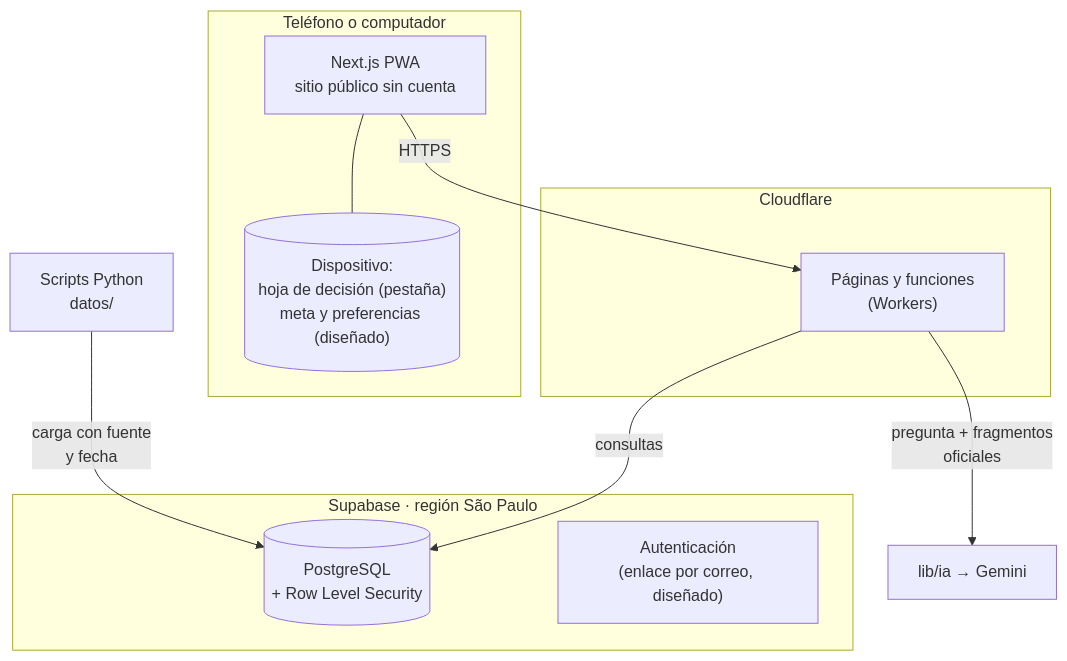
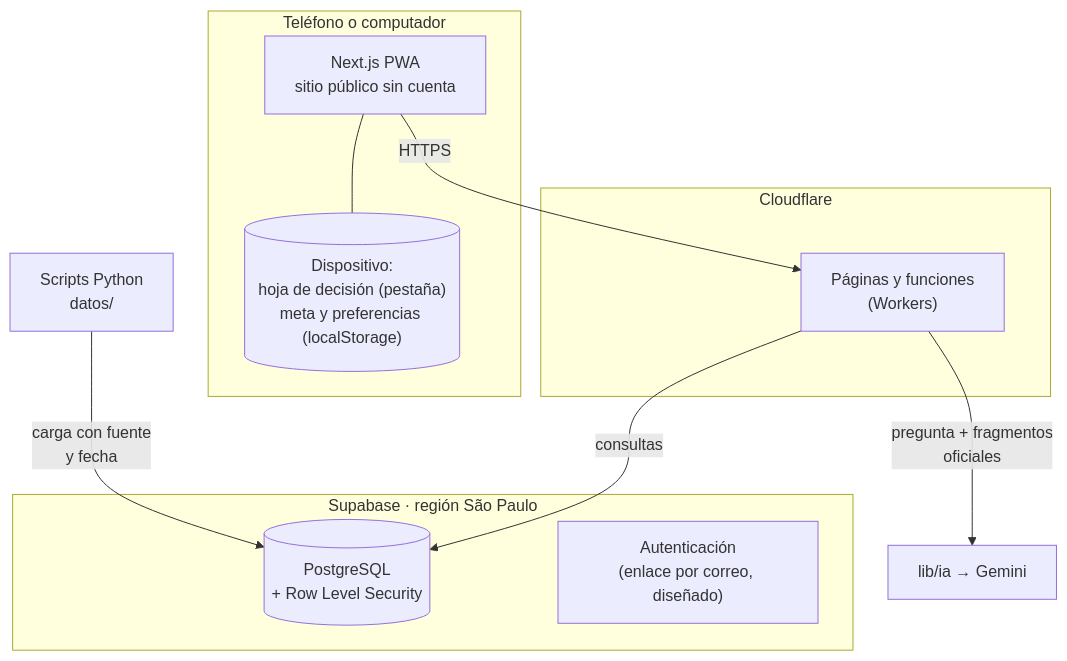
The second of 5 diagrams in docs/arquitectura.md (AE-SE/Agencia-de-Enlaces-y-Seguimiento-Estudiantil), drawn with Mermaid before and after one commit. The commit also changed other lines of this file and 2 other files, not shown here.

````diff
--- a/docs/arquitectura.md
+++ b/docs/arquitectura.md
@@ -41,20 +41,20 @@
 ```mermaid
 flowchart TB
     subgraph Navegador["Teléfono o computador"]
         PWA["Next.js PWA<br/>sitio público sin cuenta"]
-        DISP[("Dispositivo:<br/>hoja de decisión (pestaña)<br/>meta y preferencias (diseñado)")]
+        DISP[("Dispositivo:<br/>hoja de decisión (pestaña)<br/>meta y preferencias (localStorage)")]
     end
     subgraph Cloudflare
         SSR["Páginas y funciones<br/>(Workers)"]
     end
     subgraph Supabase["Supabase · región São Paulo"]
         DB[("PostgreSQL<br/>+ Row Level Security")]
         AUTH["Autenticación<br/>(enlace por correo, diseñado)"]
     end
     ETL["Scripts Python<br/>datos/"]
     PWA --- DISP
     PWA -->|"HTTPS"| SSR
     SSR -->|"consultas"| DB
     SSR -->|"pregunta + fragmentos<br/>oficiales"| IA["lib/ia → Gemini"]
     ETL -->|"carga con fuente<br/>y fecha"| DB
 ```
````
